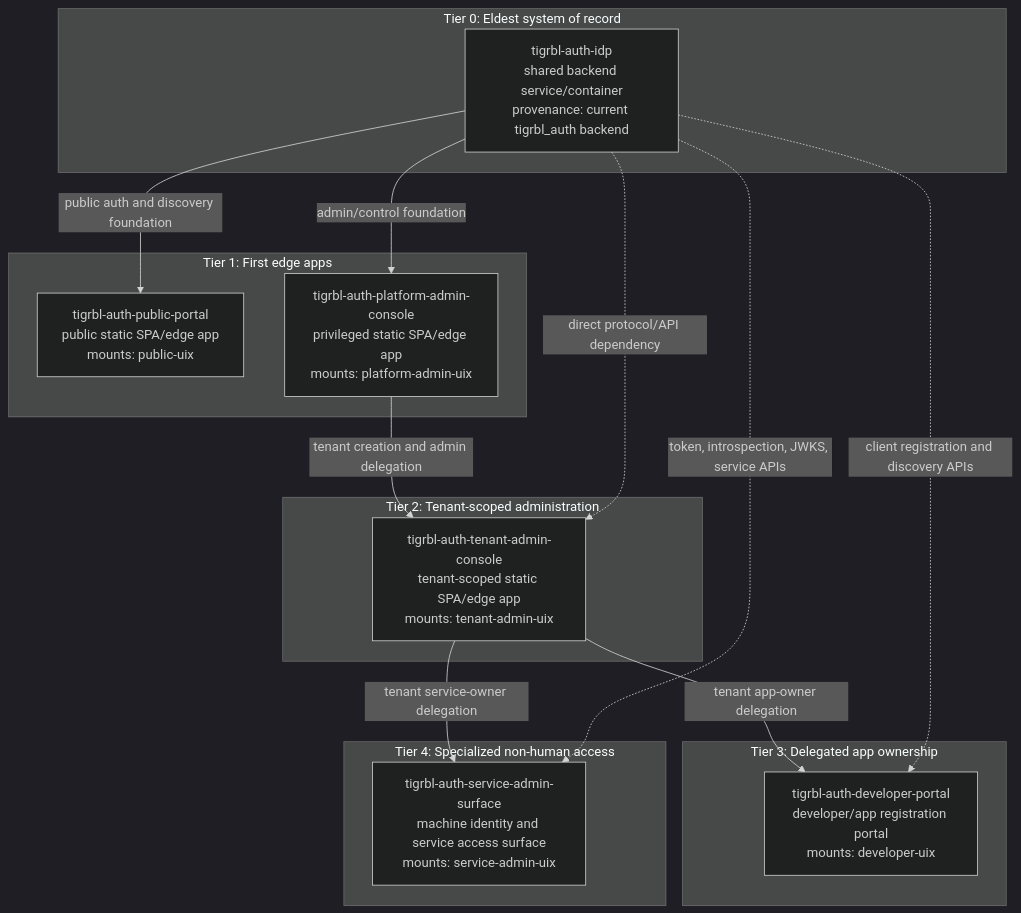
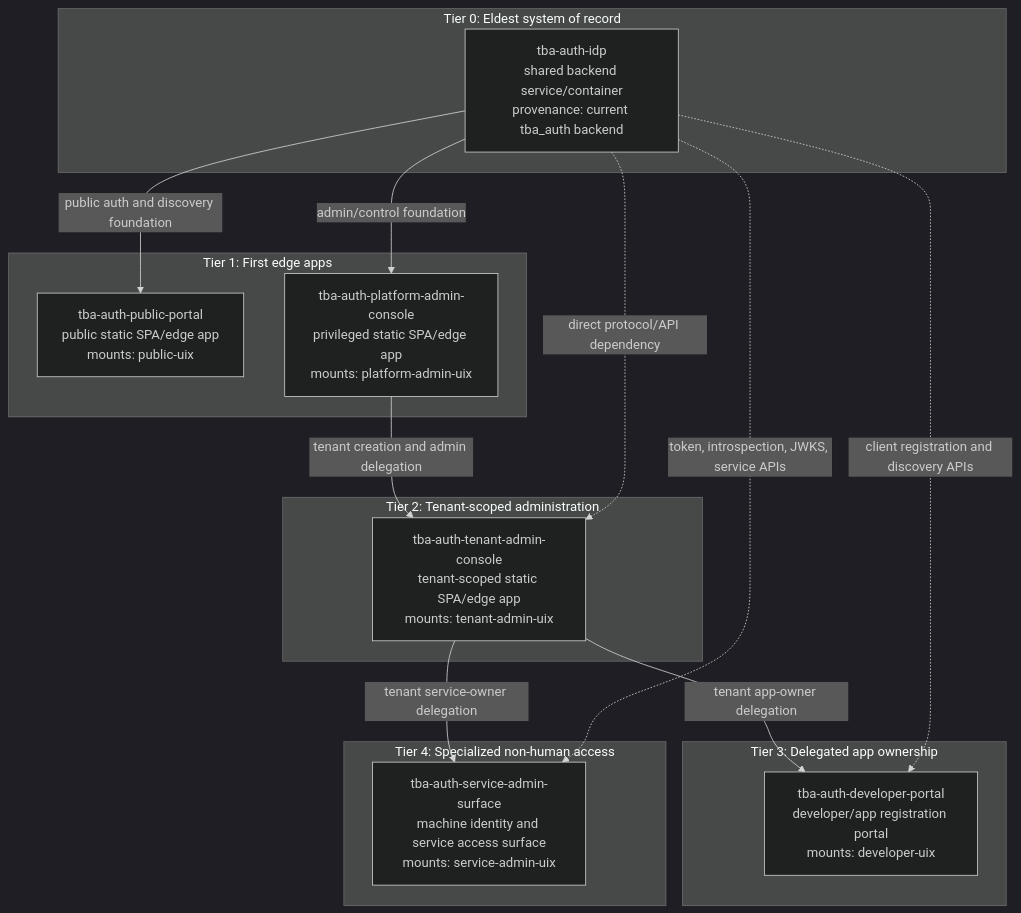
One commit to tigrbl/tigrbl_auth changed the diagram in docs/architecture/APP_PROVENANCE_TIERED_GRAPH.md. Above: the diagram before and after it, drawn with Mermaid (dark theme). The commit also changed other lines of this file and 9012 other files, not shown here.

````diff
--- a/docs/architecture/APP_PROVENANCE_TIERED_GRAPH.md
+++ b/docs/architecture/APP_PROVENANCE_TIERED_GRAPH.md
@@ -16,33 +16,33 @@
 ```mermaid
 flowchart TB
   subgraph tier0["Tier 0: Eldest system of record"]
-    idp["tigrbl-auth-idp<br/>shared backend service/container<br/>provenance: current tigrbl_auth backend"]
+    idp["tba-auth-idp<br/>shared backend service/container<br/>provenance: current tba_auth backend"]
   end
 
   subgraph tier1["Tier 1: First edge apps"]
-    publicPortal["tigrbl-auth-public-portal<br/>public static SPA/edge app<br/>mounts: public-uix"]
-    platformAdmin["tigrbl-auth-platform-admin-console<br/>privileged static SPA/edge app<br/>mounts: platform-admin-uix"]
+    publicPortal["tba-auth-public-portal<br/>public static SPA/edge app<br/>mounts: public-uix"]
+    platformAdmin["tba-auth-platform-admin-console<br/>privileged static SPA/edge app<br/>mounts: platform-admin-uix"]
   end
 
   subgraph tier2["Tier 2: Tenant-scoped administration"]
-    tenantAdmin["tigrbl-auth-tenant-admin-console<br/>tenant-scoped static SPA/edge app<br/>mounts: tenant-admin-uix"]
+    tenantAdmin["tba-auth-tenant-admin-console<br/>tenant-scoped static SPA/edge app<br/>mounts: tenant-admin-uix"]
   end
 
   subgraph tier3["Tier 3: Delegated app ownership"]
-    developerPortal["tigrbl-auth-developer-portal<br/>developer/app registration portal<br/>mounts: developer-uix"]
+    developerPortal["tba-auth-developer-portal<br/>developer/app registration portal<br/>mounts: developer-uix"]
   end
 
   subgraph tier4["Tier 4: Specialized non-human access"]
-    serviceAdmin["tigrbl-auth-service-admin-surface<br/>machine identity and service access surface<br/>mounts: service-admin-uix"]
+    serviceAdmin["tba-auth-service-admin-surface<br/>machine identity and service access surface<br/>mounts: service-admin-uix"]
   end
 
   idp -->|"public auth and discovery foundation"| publicPortal
   idp -->|"admin/control foundation"| platformAdmin
   platformAdmin -->|"tenant creation and admin delegation"| tenantAdmin
   tenantAdmin -->|"tenant app-owner delegation"| developerPortal
   tenantAdmin -->|"tenant service-owner delegation"| serviceAdmin
 
   idp -.->|"direct protocol/API dependency"| tenantAdmin
   idp -.->|"client registration and discovery APIs"| developerPortal
   idp -.->|"token, introspection, JWKS, service APIs"| serviceAdmin
 ```
````
